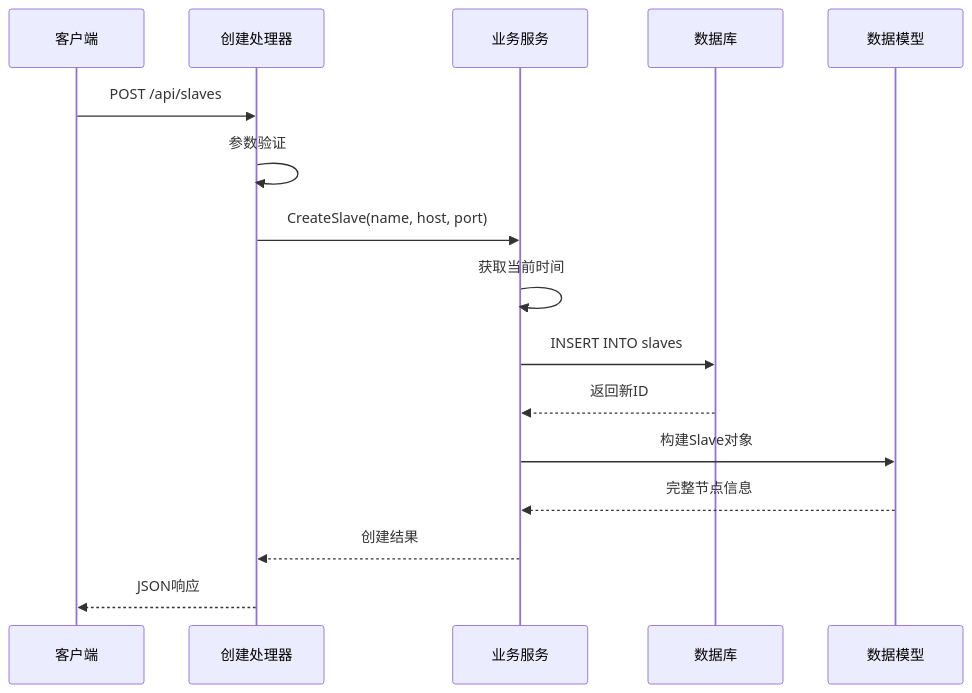
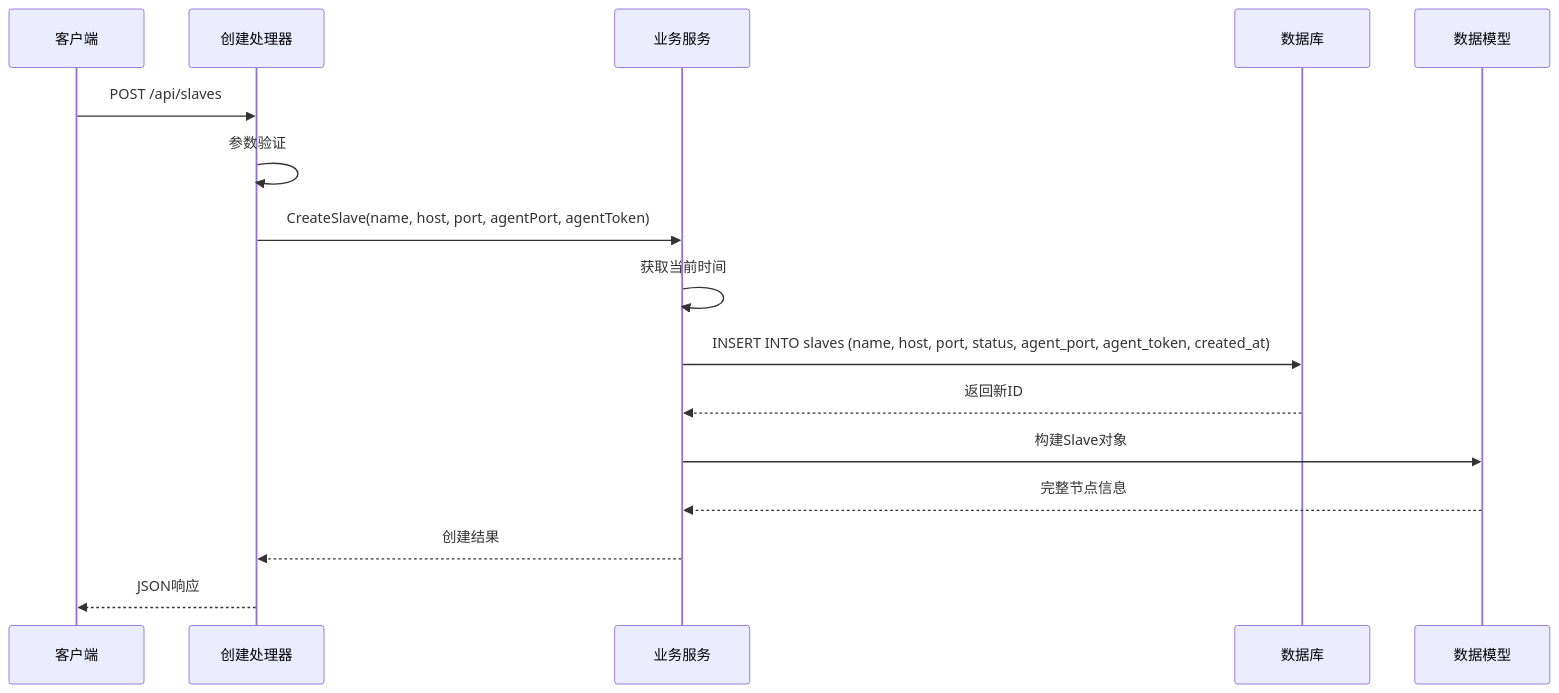
The fourth of 10 diagrams in .qoder/repowiki/zh/content/核心业务模块/Slave节点管理系统/Slave节点生命周期管理.md (Liyuhao02/Jmeter-Admin), drawn with Mermaid before and after one commit. The commit also changed other lines of this file and 34 other files, not shown here.

````diff
--- a/.qoder/repowiki/zh/content/核心业务模块/Slave节点管理系统/Slave节点生命周期管理.md
+++ b/.qoder/repowiki/zh/content/核心业务模块/Slave节点管理系统/Slave节点生命周期管理.md
@@ -171,18 +199,18 @@
 ```mermaid
 sequenceDiagram
 participant Client as 客户端
 participant Handler as 创建处理器
 participant Service as 业务服务
 participant DB as 数据库
 participant Model as 数据模型
 Client->>Handler : POST /api/slaves
 Handler->>Handler : 参数验证
-Handler->>Service : CreateSlave(name, host, port)
+Handler->>Service : CreateSlave(name, host, port, agentPort, agentToken)
 Service->>Service : 获取当前时间
-Service->>DB : INSERT INTO slaves
+Service->>DB : INSERT INTO slaves (name, host, port, status, agent_port, agent_token, created_at)
 DB-->>Service : 返回新ID
 Service->>Model : 构建Slave对象
 Model-->>Service : 完整节点信息
 Service-->>Handler : 创建结果
 Handler-->>Client : JSON响应
 ```
````
